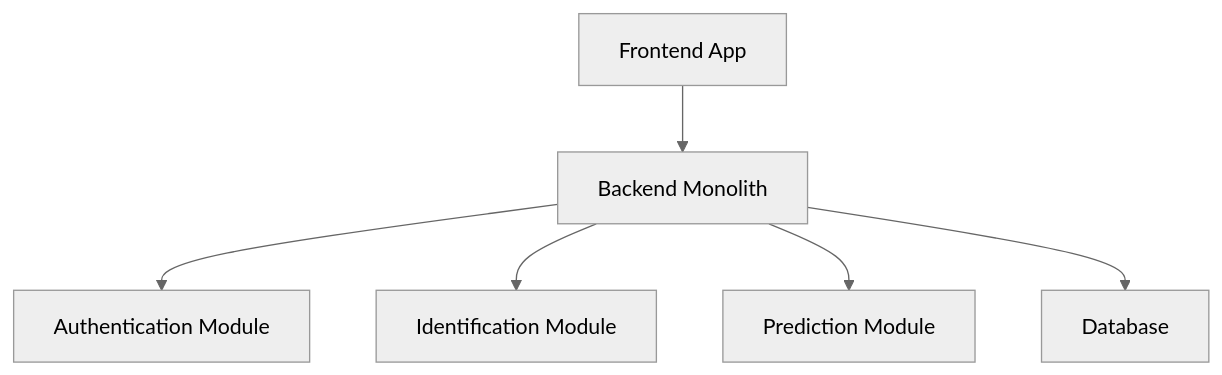
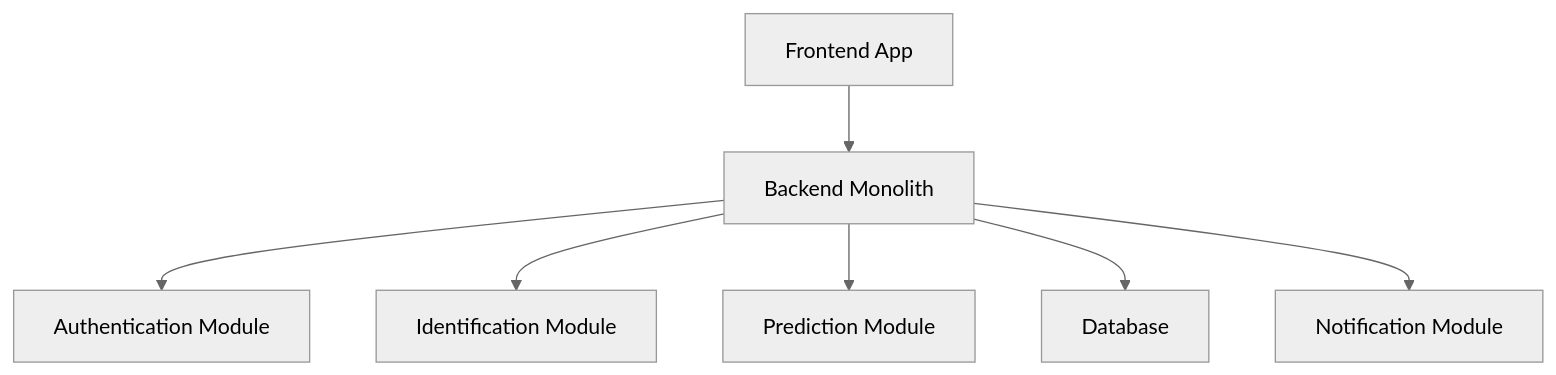
Before and after one commit to Dolbhi/holbertonschool-ai4devs: the diagram in architecture_blueprint_assistant/monolith_architecture.mmd, drawn with Mermaid (neutral theme). The commit also changed 1 other file, not shown here.

```diff
--- a/architecture_blueprint_assistant/monolith_architecture.mmd
+++ b/architecture_blueprint_assistant/monolith_architecture.mmd
@@ -1,6 +1,7 @@
 graph TD
   A[Frontend App] --> B[Backend Monolith]
   B --> C[Authentication Module]
   B --> D[Identification Module]
   B --> E[Prediction Module]
   B --> F[Database]
+  B --> G[Notification Module]
```
